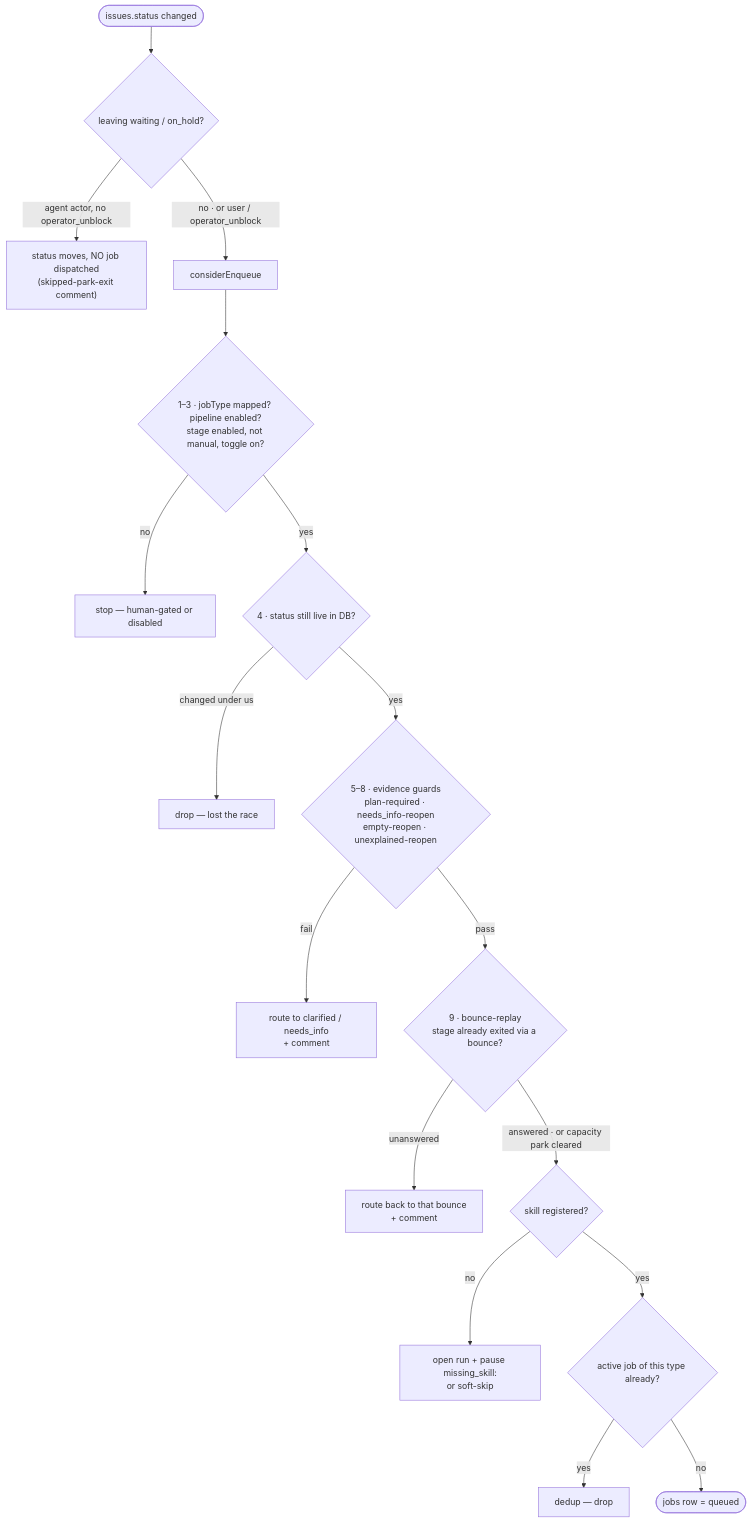
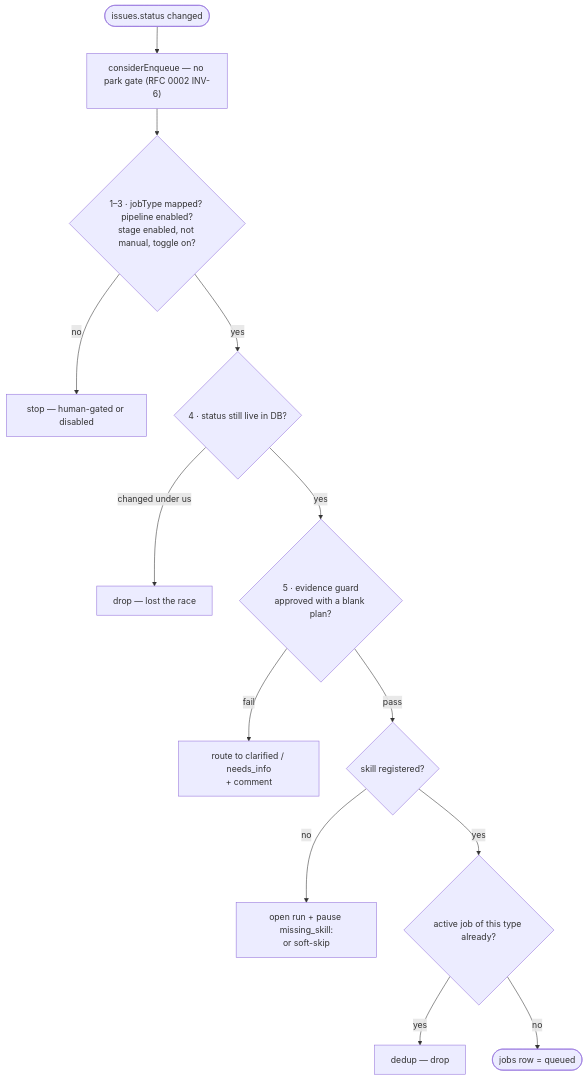
The diagram in docs/modules/agents-jobs/README.md (SidCorp-co/forge), drawn with Mermaid before and after one commit. The commit also changed other lines of this file and 38 other files, not shown here.

````diff
--- a/docs/modules/agents-jobs/README.md
+++ b/docs/modules/agents-jobs/README.md
@@ -94,19 +94,15 @@
 ```mermaid
 flowchart TD
-  A([issues.status changed]) --> B{"leaving waiting / on_hold?"}
-  B -- "agent actor, no operator_unblock" --> X1["status moves, NO job dispatched<br/>(skipped-park-exit comment)"]
-  B -- "no · or user / operator_unblock" --> C["considerEnqueue"]
+  A([issues.status changed]) --> C["considerEnqueue — no park gate (RFC 0002 INV-6)"]
   C --> D{"1–3 · jobType mapped? pipeline enabled?<br/>stage enabled, not manual, toggle on?"}
   D -- no --> X2["stop — human-gated or disabled"]
   D -- yes --> E{"4 · status still live in DB?"}
   E -- "changed under us" --> X3["drop — lost the race"]
-  E -- yes --> F{"5–8 · evidence guards<br/>plan-required · needs_info-reopen<br/>empty-reopen · unexplained-reopen"}
+  E -- yes --> F{"5 · evidence guard<br/>approved with a blank plan?"}
   F -- fail --> X4["route to clarified / needs_info<br/>+ comment"]
-  F -- pass --> G{"9 · bounce-replay<br/>stage already exited via a bounce?"}
-  G -- "unanswered" --> X5["route back to that bounce<br/>+ comment"]
-  G -- "answered · or capacity park cleared" --> H{"skill registered?"}
+  F -- pass --> H{"skill registered?"}
   H -- no --> X6["open run + pause missing_skill:<br/>or soft-skip"]
   H -- yes --> I{"active job of this type already?"}
   I -- yes --> X7["dedup — drop"]
   I -- no --> J(["jobs row = queued"])
 ```
````
